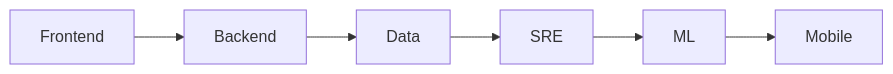
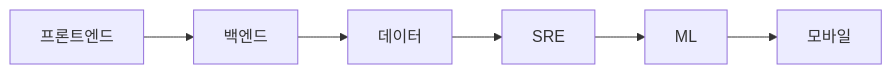
One commit to yeongseon-books/book-content changed the diagram in content/developer-career-101/ko/02-understanding-roles.md. Above: the diagram before and after it, drawn with Mermaid. The commit also changed other lines of this file and 9 other files, not shown here.

````diff
--- a/content/developer-career-101/ko/02-understanding-roles.md
+++ b/content/developer-career-101/ko/02-understanding-roles.md
@@ -33,8 +46,8 @@
 ```mermaid
 flowchart LR
-    F[Frontend] --> B[Backend]
-    B --> D[Data]
+    F[프론트엔드] --> B[백엔드]
+    B --> D[데이터]
     D --> S[SRE]
     S --> M[ML]
-    M --> Mo[Mobile]
+    M --> Mo[모바일]
 ```
````
